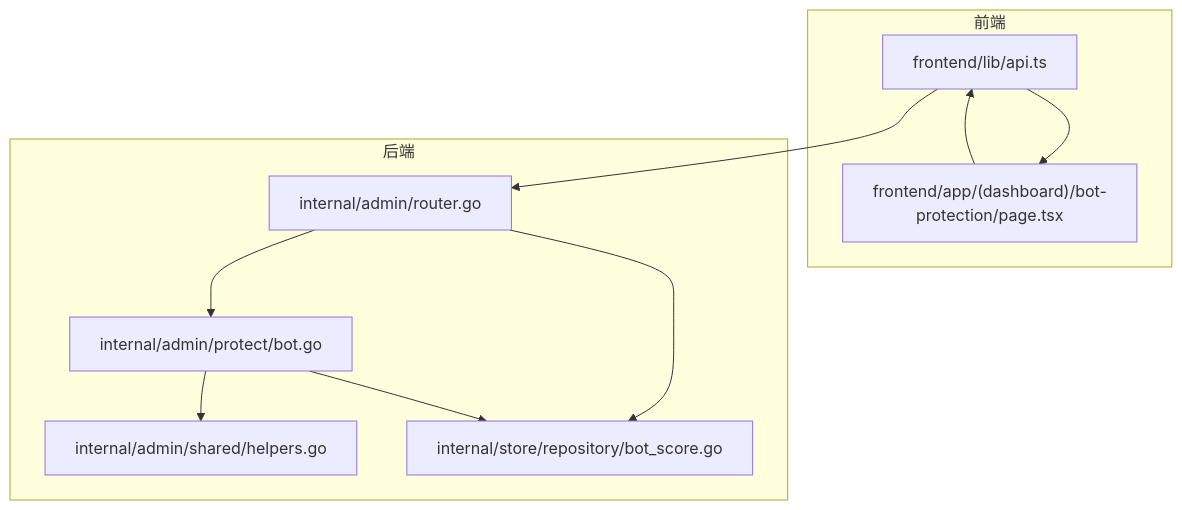
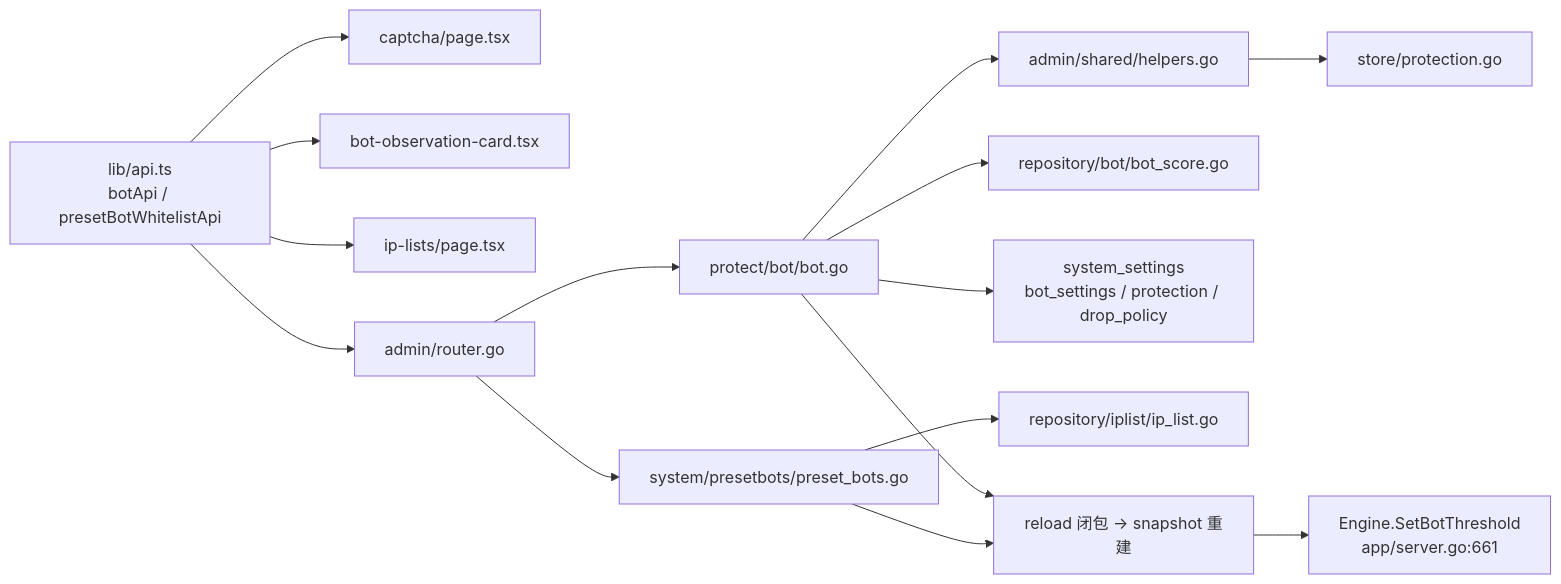
One commit to x01n/My-OpenWaf changed the seventh of 8 diagrams in docs/管理 API 系统/机器人保护 API.md. Above: the diagram before and after it, drawn with Mermaid. The commit also changed other lines of this file and 622 other files, not shown here.

````diff
--- a/docs/管理 API 系统/机器人保护 API.md
+++ b/docs/管理 API 系统/机器人保护 API.md
@@ -224,20 +583,17 @@
 ```mermaid
-graph TB
-subgraph "前端"
-FE_API["frontend/lib/api.ts"]
-FE_Page["frontend/app/(dashboard)/bot-protection/page.tsx"]
-end
-subgraph "后端"
-Router["internal/admin/router.go"]
-HBot["internal/admin/protect/bot.go"]
-HShared["internal/admin/shared/helpers.go"]
-RepoBot["internal/store/repository/bot_score.go"]
-end
-FE_API --> FE_Page
-FE_Page --> FE_API
-FE_API --> Router
-Router --> HBot
-Router --> RepoBot
-HBot --> HShared
-HBot --> RepoBot
+graph LR
+API["lib/api.ts<br/>botApi / presetBotWhitelistApi"] --> PAGE["captcha/page.tsx"]
+API --> CARD["bot-observation-card.tsx"]
+API --> IPL["ip-lists/page.tsx"]
+API --> ROUTER["admin/router.go"]
+ROUTER --> BOT["protect/bot/bot.go"]
+ROUTER --> PRESET["system/presetbots/preset_bots.go"]
+BOT --> SHARED["admin/shared/helpers.go"]
+BOT --> REPO["repository/bot/bot_score.go"]
+BOT --> SET["system_settings<br/>bot_settings / protection / drop_policy"]
+PRESET --> IPLREPO["repository/iplist/ip_list.go"]
+SHARED --> PROT["store/protection.go"]
+BOT --> RELOAD["reload 闭包 → snapshot 重建"]
+PRESET --> RELOAD
+RELOAD --> THRESH["Engine.SetBotThreshold<br/>app/server.go:661"]
 ```
````
